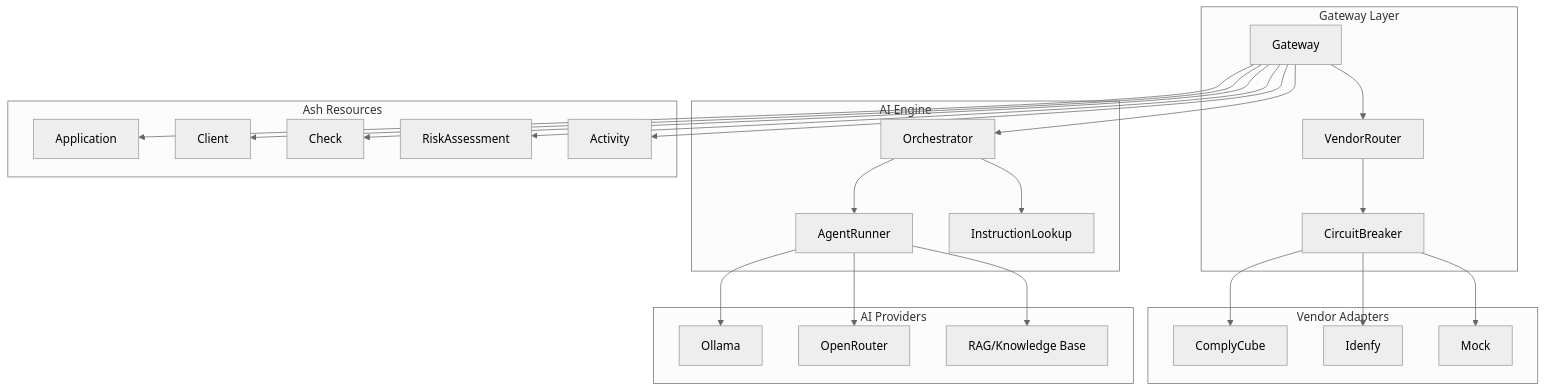
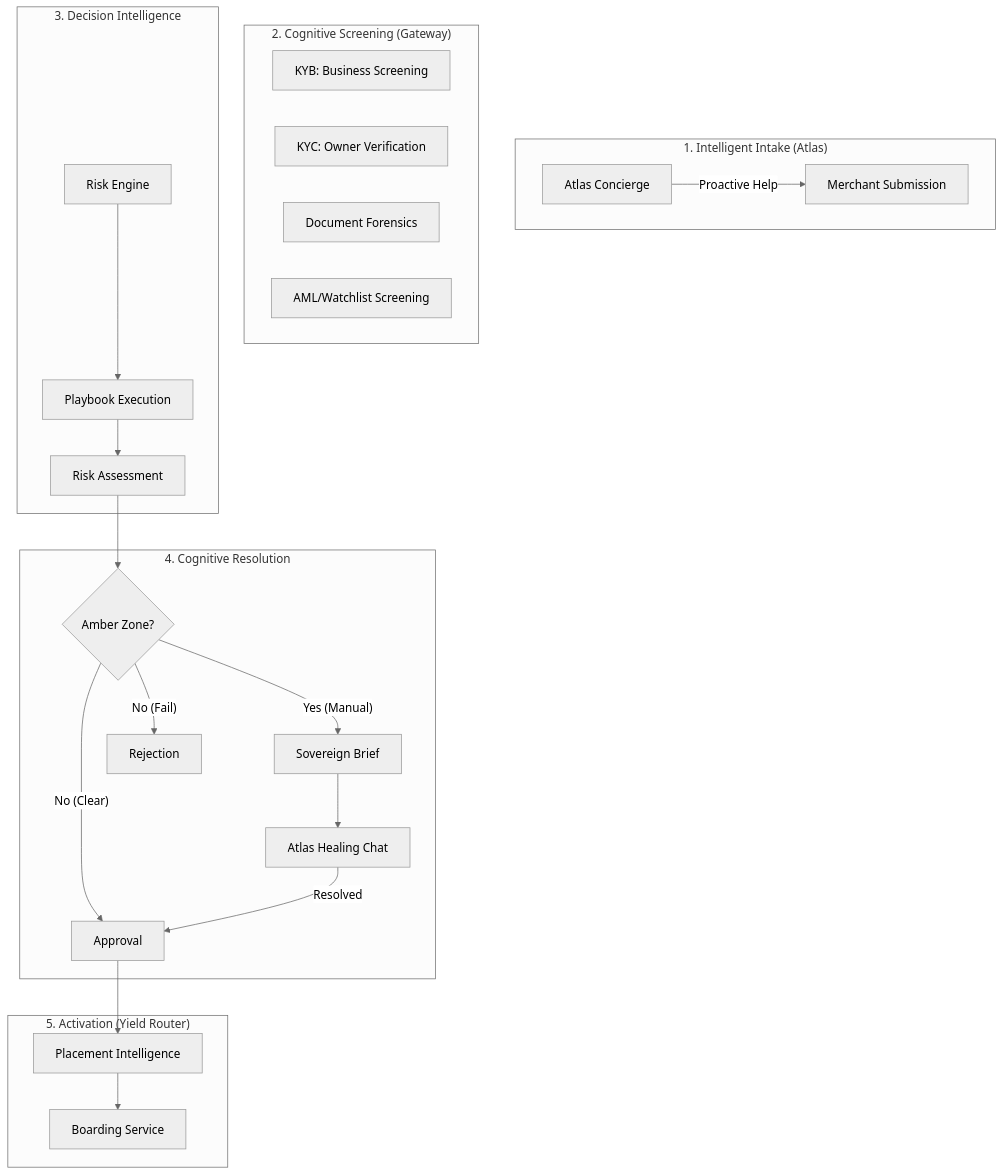
Before and after one commit to corepay/mcp: the diagram in docs/features/underwriting/README.md, drawn with Mermaid (neutral theme). The commit also changed other lines of this file and 114 other files, not shown here.

First line of the commit message:
feat(underwriting): comprehensive remediation with boarding, placement intelligence, and UaaS foundation

````diff
--- a/docs/features/underwriting/README.md
+++ b/docs/features/underwriting/README.md
@@ -12,53 +10,45 @@
 ```mermaid
-flowchart TB
-    subgraph Gateway["Gateway Layer"]
-        GW[Gateway]
-        VR[VendorRouter]
-        CB[CircuitBreaker]
+flowchart TD
+    subgraph Intake["1. Intelligent Intake (Atlas)"]
+        AC[Atlas Concierge]
+        MS[Merchant Submission]
+        AC -- Proactive Help --> MS
     end
 
-    subgraph Adapters["Vendor Adapters"]
-        CC[ComplyCube]
-        ID[Idenfy]
-        MK[Mock]
+    subgraph Screening["2. Cognitive Screening (Gateway)"]
+        KYB[KYB: Business Screening]
+        KYC[KYC: Owner Verification]
+        DOC[Document Forensics]
+        SCR[AML/Watchlist Screening]
     end
 
-    subgraph Engine["AI Engine"]
-        OR[Orchestrator]
-        AR[AgentRunner]
-        IL[InstructionLookup]
+    subgraph Assessment["3. Decision Intelligence"]
+        RE[Risk Engine]
+        PB[Playbook Execution]
+        RA[Risk Assessment]
+        RE --> PB
+        PB --> RA
     end
 
-    subgraph Resources["Ash Resources"]
-        APP[Application]
-        CL[Client]
-        CH[Check]
-        RA[RiskAssessment]
-        ACT[Activity]
+    subgraph Resolution["4. Cognitive Resolution"]
+        AZ{Amber Zone?}
+        SBR[Sovereign Brief]
+        HEAL[Atlas Healing Chat]
+        APPROVE[Approval]
+        REJECT[Rejection]
+        
+        RA --> AZ
+        AZ -- No (Clear) --> APPROVE
+        AZ -- No (Fail) --> REJECT
+        AZ -- Yes (Manual) --> SBR
+        SBR --> HEAL
+        HEAL -- Resolved --> APPROVE
     end
 
-    subgraph AI["AI Providers"]
-        OL[Ollama]
-        OPR[OpenRouter]
-        RAG[RAG/Knowledge Base]
+    subgraph Boarding["5. Activation (Yield Router)"]
+        PI[Placement Intelligence]
+        BS[Boarding Service]
+        APPROVE --> PI
+        PI --> BS
     end
-
-    GW --> VR
-    VR --> CB
-    CB --> CC
-    CB --> ID
-    CB --> MK
-
-    GW --> OR
-    OR --> AR
-    OR --> IL
-    AR --> OL
-    AR --> OPR
-    AR --> RAG
-
-    GW --> APP
-    GW --> CL
-    GW --> CH
-    GW --> RA
-    GW --> ACT
 ```
````
